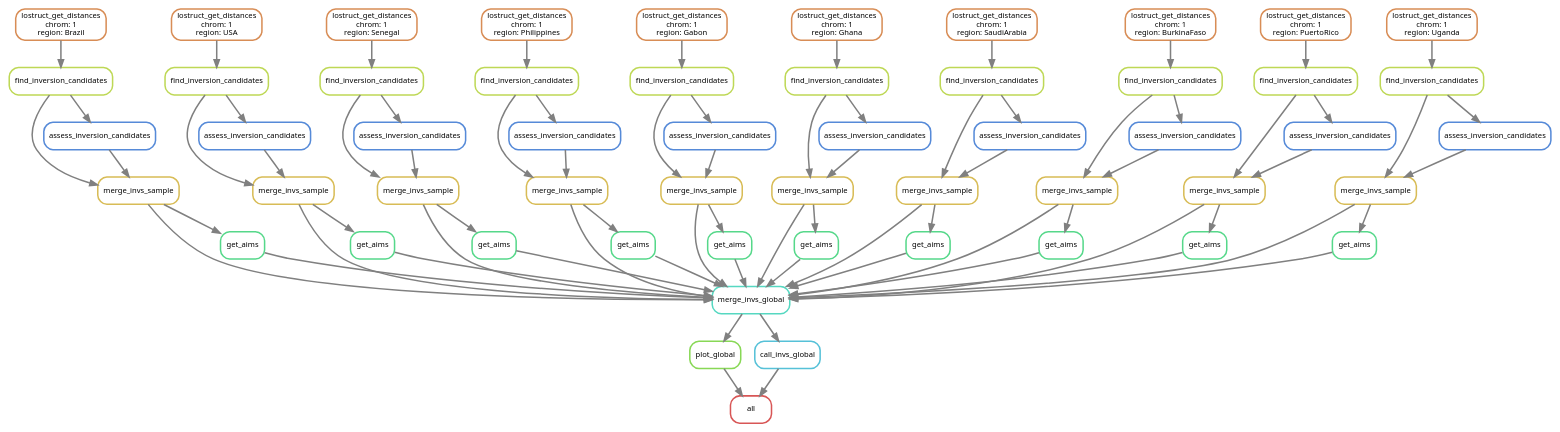
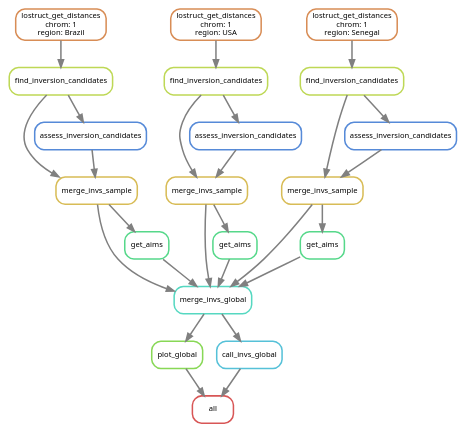
The diagram in workflows/inversion_hunting/workflow.dot (sethnr/Aaeg1200g_admixture_resistance), drawn with Graphviz before and after one commit. The commit also changed 5 other files, not shown here.

```diff
--- a/workflows/inversion_hunting/workflow.dot
+++ b/workflows/inversion_hunting/workflow.dot
@@ -1,133 +1,58 @@
 digraph snakemake_dag {
     graph[bgcolor=white, margin=0];
     node[shape=box, style=rounded, fontname=sans,                 fontsize=10, penwidth=2];
     edge[penwidth=2, color=grey];
 	0[label = "all", color = "0.00 0.6 0.85", style="rounded"];
 	1[label = "plot_global", color = "0.27 0.6 0.85", style="rounded"];
 	2[label = "merge_invs_global", color = "0.47 0.6 0.85", style="rounded"];
 	3[label = "merge_invs_sample", color = "0.13 0.6 0.85", style="rounded"];
 	4[label = "find_inversion_candidates", color = "0.20 0.6 0.85", style="rounded"];
 	5[label = "lostruct_get_distances\nchrom: 1\nregion: Brazil", color = "0.07 0.6 0.85", style="rounded"];
 	6[label = "assess_inversion_candidates", color = "0.60 0.6 0.85", style="rounded"];
 	7[label = "merge_invs_sample", color = "0.13 0.6 0.85", style="rounded"];
 	8[label = "find_inversion_candidates", color = "0.20 0.6 0.85", style="rounded"];
 	9[label = "lostruct_get_distances\nchrom: 1\nregion: USA", color = "0.07 0.6 0.85", style="rounded"];
 	10[label = "assess_inversion_candidates", color = "0.60 0.6 0.85", style="rounded"];
 	11[label = "merge_invs_sample", color = "0.13 0.6 0.85", style="rounded"];
 	12[label = "find_inversion_candidates", color = "0.20 0.6 0.85", style="rounded"];
 	13[label = "lostruct_get_distances\nchrom: 1\nregion: Senegal", color = "0.07 0.6 0.85", style="rounded"];
 	14[label = "assess_inversion_candidates", color = "0.60 0.6 0.85", style="rounded"];
-	15[label = "merge_invs_sample", color = "0.13 0.6 0.85", style="rounded"];
-	16[label = "find_inversion_candidates", color = "0.20 0.6 0.85", style="rounded"];
-	17[label = "lostruct_get_distances\nchrom: 1\nregion: Philippines", color = "0.07 0.6 0.85", style="rounded"];
-	18[label = "assess_inversion_candidates", color = "0.60 0.6 0.85", style="rounded"];
-	19[label = "merge_invs_sample", color = "0.13 0.6 0.85", style="rounded"];
-	20[label = "find_inversion_candidates", color = "0.20 0.6 0.85", style="rounded"];
-	21[label = "lostruct_get_distances\nchrom: 1\nregion: Gabon", color = "0.07 0.6 0.85", style="rounded"];
-	22[label = "assess_inversion_candidates", color = "0.60 0.6 0.85", style="rounded"];
-	23[label = "merge_invs_sample", color = "0.13 0.6 0.85", style="rounded"];
-	24[label = "find_inversion_candidates", color = "0.20 0.6 0.85", style="rounded"];
-	25[label = "lostruct_get_distances\nchrom: 1\nregion: Ghana", color = "0.07 0.6 0.85", style="rounded"];
-	26[label = "assess_inversion_candidates", color = "0.60 0.6 0.85", style="rounded"];
-	27[label = "merge_invs_sample", color = "0.13 0.6 0.85", style="rounded"];
-	28[label = "find_inversion_candidates", color = "0.20 0.6 0.85", style="rounded"];
-	29[label = "lostruct_get_distances\nchrom: 1\nregion: SaudiArabia", color = "0.07 0.6 0.85", style="rounded"];
-	30[label = "assess_inversion_candidates", color = "0.60 0.6 0.85", style="rounded"];
-	31[label = "merge_invs_sample", color = "0.13 0.6 0.85", style="rounded"];
-	32[label = "find_inversion_candidates", color = "0.20 0.6 0.85", style="rounded"];
-	33[label = "lostruct_get_distances\nchrom: 1\nregion: BurkinaFaso", color = "0.07 0.6 0.85", style="rounded"];
-	34[label = "assess_inversion_candidates", color = "0.60 0.6 0.85", style="rounded"];
-	35[label = "merge_invs_sample", color = "0.13 0.6 0.85", style="rounded"];
-	36[label = "find_inversion_candidates", color = "0.20 0.6 0.85", style="rounded"];
-	37[label = "lostruct_get_distances\nchrom: 1\nregion: PuertoRico", color = "0.07 0.6 0.85", style="rounded"];
-	38[label = "assess_inversion_candidates", color = "0.60 0.6 0.85", style="rounded"];
-	39[label = "merge_invs_sample", color = "0.13 0.6 0.85", style="rounded"];
-	40[label = "find_inversion_candidates", color = "0.20 0.6 0.85", style="rounded"];
-	41[label = "lostruct_get_distances\nchrom: 1\nregion: Uganda", color = "0.07 0.6 0.85", style="rounded"];
-	42[label = "assess_inversion_candidates", color = "0.60 0.6 0.85", style="rounded"];
+
+
 	43[label = "get_aims", color = "0.40 0.6 0.85", style="rounded"];
 	44[label = "get_aims", color = "0.40 0.6 0.85", style="rounded"];
 	45[label = "get_aims", color = "0.40 0.6 0.85", style="rounded"];
-	46[label = "get_aims", color = "0.40 0.6 0.85", style="rounded"];
-	47[label = "get_aims", color = "0.40 0.6 0.85", style="rounded"];
-	48[label = "get_aims", color = "0.40 0.6 0.85", style="rounded"];
-	49[label = "get_aims", color = "0.40 0.6 0.85", style="rounded"];
-	50[label = "get_aims", color = "0.40 0.6 0.85", style="rounded"];
-	51[label = "get_aims", color = "0.40 0.6 0.85", style="rounded"];
-	52[label = "get_aims", color = "0.40 0.6 0.85", style="rounded"];
+
+
 	53[label = "call_invs_global", color = "0.53 0.6 0.85", style="rounded"];
 	1 -> 0
 	53 -> 0
 	2 -> 1
 	3 -> 2
 	7 -> 2
 	11 -> 2
-	15 -> 2
-	19 -> 2
-	23 -> 2
-	27 -> 2
-	31 -> 2
-	35 -> 2
-	39 -> 2
+
 	43 -> 2
 	44 -> 2
 	45 -> 2
-	46 -> 2
-	47 -> 2
-	48 -> 2
-	49 -> 2
-	50 -> 2
-	51 -> 2
-	52 -> 2
+
 	4 -> 3
 	6 -> 3
 	5 -> 4
 	4 -> 6
 	8 -> 7
 	10 -> 7
 	9 -> 8
 	8 -> 10
 	12 -> 11
 	14 -> 11
 	13 -> 12
 	12 -> 14
-	16 -> 15
-	18 -> 15
-	17 -> 16
-	16 -> 18
-	20 -> 19
-	22 -> 19
-	21 -> 20
-	20 -> 22
-	24 -> 23
-	26 -> 23
-	25 -> 24
-	24 -> 26
-	28 -> 27
-	30 -> 27
-	29 -> 28
-	28 -> 30
-	32 -> 31
-	34 -> 31
-	33 -> 32
-	32 -> 34
-	36 -> 35
-	38 -> 35
-	37 -> 36
-	36 -> 38
-	40 -> 39
-	42 -> 39
-	41 -> 40
-	40 -> 42
+
+
 	3 -> 43
 	7 -> 44
 	11 -> 45
-	15 -> 46
-	19 -> 47
-	23 -> 48
-	27 -> 49
-	31 -> 50
-	35 -> 51
-	39 -> 52
+
 	2 -> 53
 }            
```
